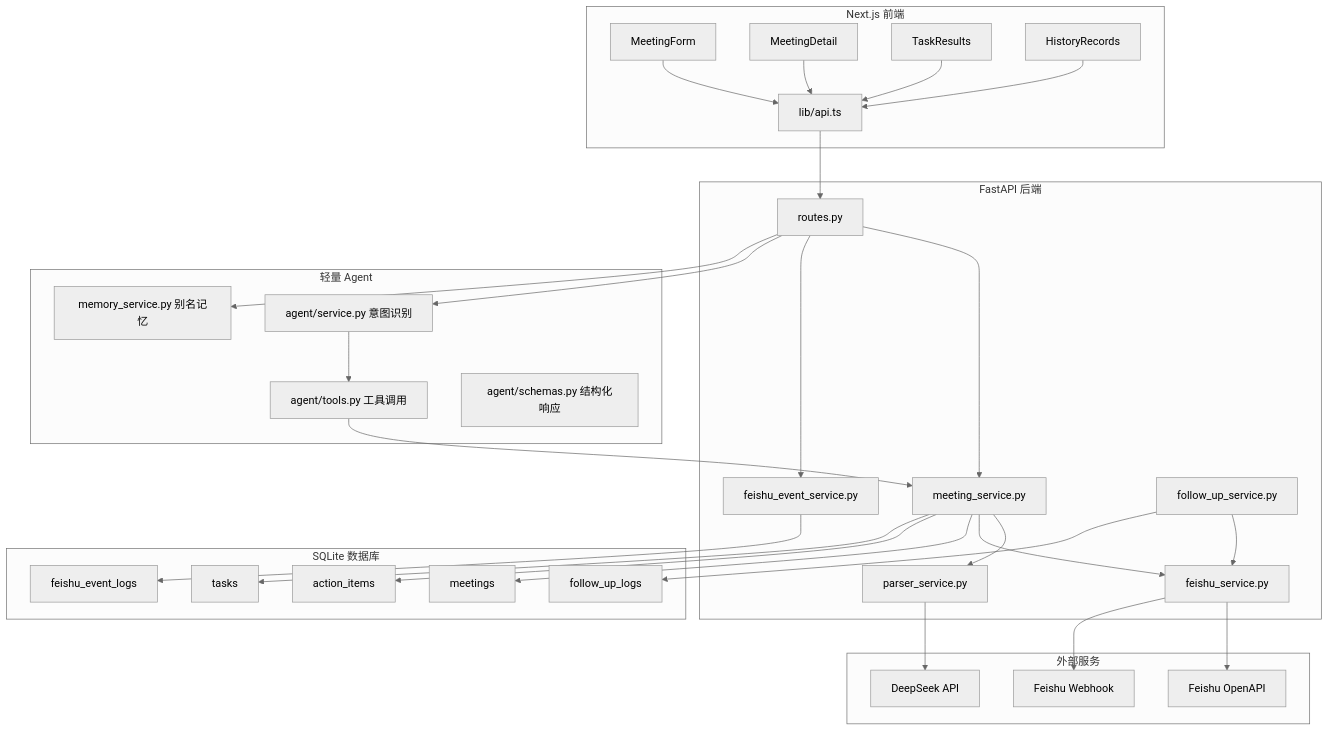
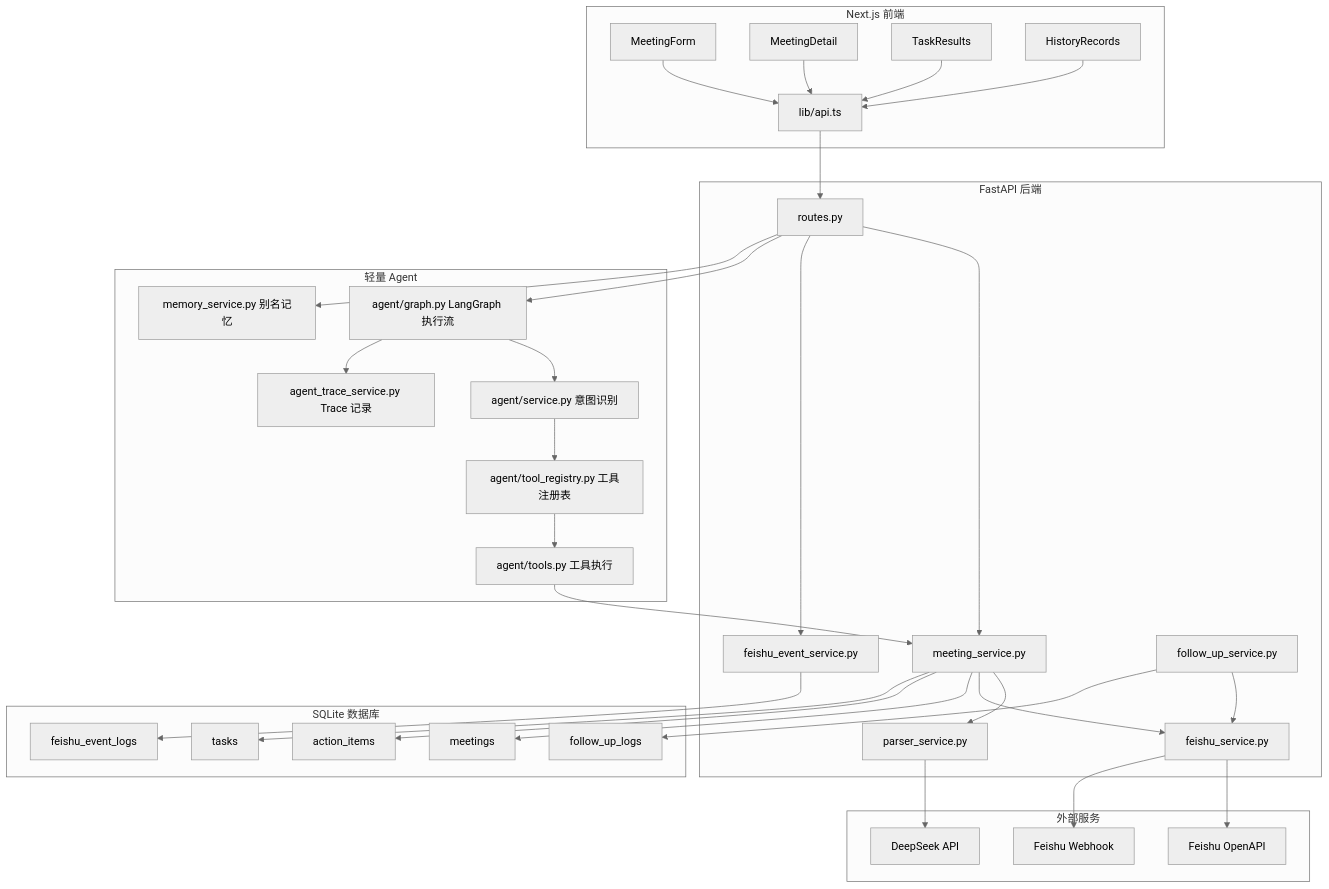
The second of 2 diagrams in README.md (Ping-z330/action_bridge), drawn with Mermaid (neutral theme) before and after one commit. The commit also changed other lines of this file, not shown here.

Commit message:
docs: update agent workflow documentation

````diff
--- a/README.md
+++ b/README.md
@@ -101,67 +106,72 @@
 ```mermaid
 flowchart TD
     subgraph Frontend[Next.js 前端]
         F1[MeetingForm]
         F2[MeetingDetail]
         F3[TaskResults]
         F4[HistoryRecords]
         F5[lib/api.ts]
     end
 
     subgraph Backend[FastAPI 后端]
         B1[routes.py]
         B2[meeting_service.py]
         B3[parser_service.py]
         B4[feishu_event_service.py]
         B5[feishu_service.py]
         B6[follow_up_service.py]
     end
 
     subgraph Agent[轻量 Agent]
-        A1[agent/service.py 意图识别]
-        A2[agent/tools.py 工具调用]
-        A3[agent/schemas.py 结构化响应]
-        A4[memory_service.py 别名记忆]
+        A1[agent/graph.py LangGraph 执行流]
+        A2[agent/service.py 意图识别]
+        A3[agent/tool_registry.py 工具注册表]
+        A4[agent/tools.py 工具执行]
+        A5[memory_service.py 别名记忆]
+        A6[agent_trace_service.py Trace 记录]
     end
 
     subgraph DB[SQLite 数据库]
         D1[meetings]
         D2[action_items]
         D3[tasks]
         D4[follow_up_logs]
         D5[feishu_event_logs]
     end
 
     subgraph External[外部服务]
         E1[DeepSeek API]
         E2[Feishu OpenAPI]
         E3[Feishu Webhook]
     end
 
     F1 --> F5
     F2 --> F5
     F3 --> F5
     F4 --> F5
     F5 --> B1
 
     B1 --> B2
     B1 --> B4
     B1 --> A1
-    B1 --> A4
+    B1 --> A5
     A1 --> A2
-    A2 --> B2
+    A2 --> A3
+    A3 --> A4
+    A4 --> B2
+    A1 --> A6
 
     B2 --> B3
     B2 --> B5
     B6 --> B5
 
     B3 --> E1
     B5 --> E2
     B5 --> E3
 
     B2 --> D1
     B2 --> D2
     B2 --> D3
     B6 --> D4
     B4 --> D5
 ```
````
